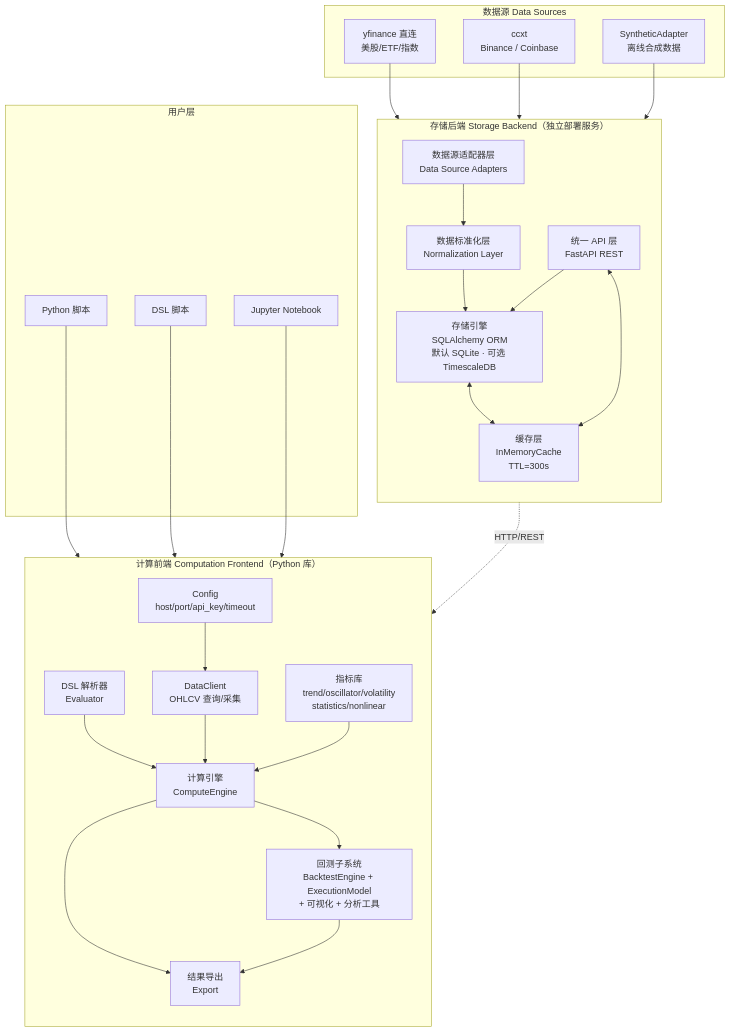
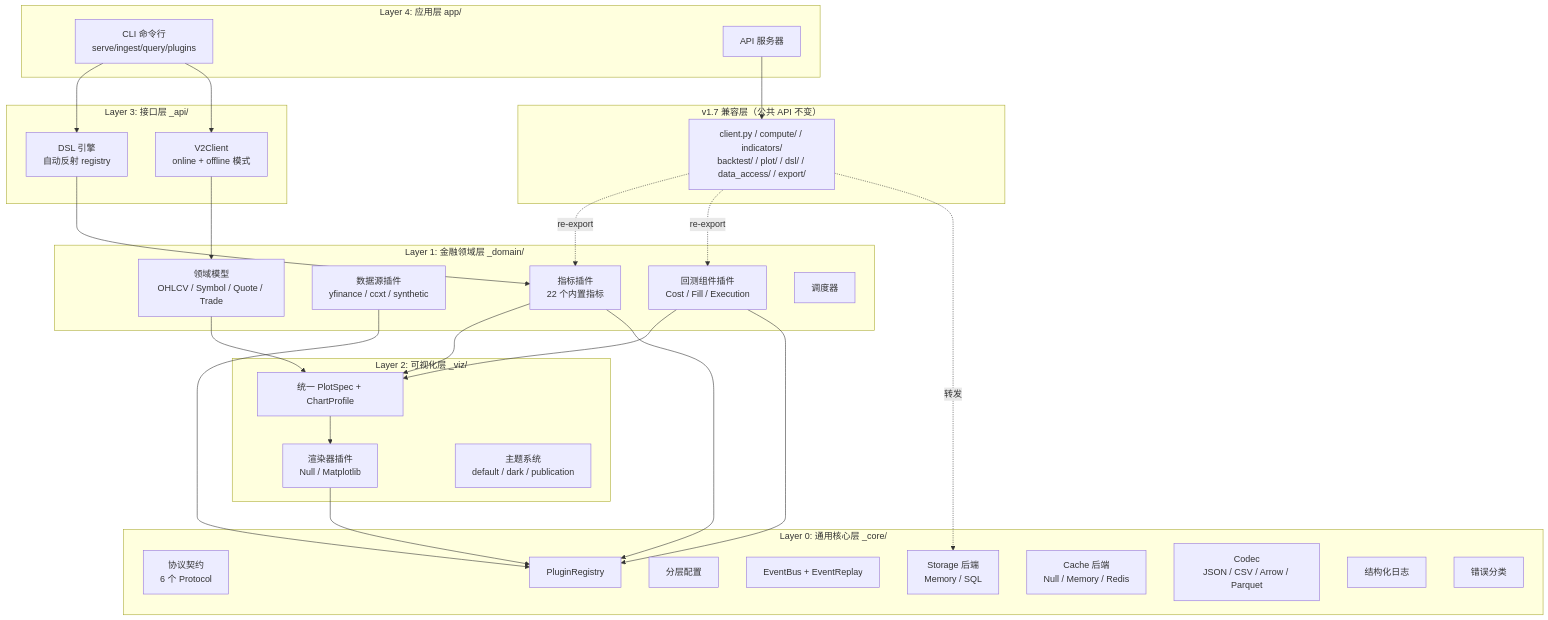
Before and after one commit to RESBI/StockStatistic: the first of 5 diagrams in DESIGN_CN.md, drawn with Mermaid. The commit also changed other lines of this file and 5 other files, not shown here.

First line of the commit message:
Rewrite all docs for v2.0: five-layer architecture, CLI, offline mode, plugins

````diff
--- a/DESIGN_CN.md
+++ b/DESIGN_CN.md
@@ -74,51 +83,62 @@
 ```mermaid
 graph TB
-    subgraph "数据源 Data Sources"
-        DS1[yfinance 直连<br/>美股/ETF/指数]
-        DS2[ccxt<br/>Binance / Coinbase]
-        DS3[SyntheticAdapter<br/>离线合成数据]
+    subgraph "Layer 4: 应用层 app/"
+        APP_CLI[CLI 命令行<br/>serve/ingest/query/plugins]
+        APP_SERVER[API 服务器]
     end
 
-    subgraph "存储后端 Storage Backend（独立部署服务）"
-        direction TB
-        DA[数据源适配器层<br/>Data Source Adapters]
-        NL[数据标准化层<br/>Normalization Layer]
-        SE[存储引擎<br/>SQLAlchemy ORM<br/>默认 SQLite · 可选 TimescaleDB]
-        API[统一 API 层<br/>FastAPI REST]
-        CACHE[缓存层<br/>InMemoryCache<br/>TTL=300s]
-
-        DA --> NL --> SE
-        SE <--> CACHE
-        API --> SE
-        API <--> CACHE
+    subgraph "Layer 3: 接口层 _api/"
+        API_DSL[DSL 引擎<br/>自动反射 registry]
+        API_CLIENT[V2Client<br/>online + offline 模式]
     end
 
-    subgraph "计算前端 Computation Frontend（Python 库）"
-        direction TB
-        CFG[Config<br/>host/port/api_key/timeout]
-        DAL[DataClient<br/>OHLCV 查询/采集]
-        CE[计算引擎<br/>ComputeEngine]
-        DSL[DSL 解析器<br/>Evaluator]
-        IL[指标库<br/>trend/oscillator/volatility<br/>statistics/nonlinear]
-        BT[回测子系统<br/>BacktestEngine + ExecutionModel<br/>+ 可视化 + 分析工具]
-        EXP[结果导出<br/>Export]
-
-        CFG --> DAL
-        DSL --> CE
-        DAL --> CE
-        IL --> CE
-        CE --> BT
-        CE --> EXP
-        BT --> EXP
+    subgraph "Layer 2: 可视化层 _viz/"
+        VIZ_SPEC[统一 PlotSpec + ChartProfile]
+        VIZ_RENDER[渲染器插件<br/>Null / Matplotlib]
+        VIZ_THEME[主题系统<br/>default / dark / publication]
     end
 
-    subgraph "用户层"
-        U1[Python 脚本]
-        U2[DSL 脚本]
-        U3[Jupyter Notebook]
+    subgraph "Layer 1: 金融领域层 _domain/"
+        DOM_MODEL[领域模型<br/>OHLCV / Symbol / Quote / Trade]
+        DOM_SRC[数据源插件<br/>yfinance / ccxt / synthetic]
+        DOM_IND[指标插件<br/>22 个内置指标]
+        DOM_BT[回测组件插件<br/>Cost / Fill / Execution]
+        DOM_SCHED[调度器]
     end
 
-    DS1 & DS2 & DS3 --> DA
-    API -.->|"HTTP/REST"| DAL
-    U1 & U2 & U3 --> CE
+    subgraph "Layer 0: 通用核心层 _core/"
+        CORE_CONTRACT[协议契约<br/>6 个 Protocol]
+        CORE_PLUGIN[PluginRegistry]
+        CORE_CONFIG[分层配置]
+        CORE_EVENT[EventBus + EventReplay]
+        CORE_STORAGE[Storage 后端<br/>Memory / SQL]
+        CORE_CACHE[Cache 后端<br/>Null / Memory / Redis]
+        CORE_CODEC[Codec<br/>JSON / CSV / Arrow / Parquet]
+        CORE_LOG[结构化日志]
+        CORE_ERR[错误分类]
+    end
+
+    subgraph "v1.7 兼容层（公共 API 不变）"
+        COMPAT[client.py / compute/ / indicators/<br/>backtest/ / plot/ / dsl/ / data_access/ / export/]
+    end
+
+    APP_CLI --> API_DSL
+    APP_CLI --> API_CLIENT
+    APP_SERVER --> COMPAT
+    API_DSL --> DOM_IND
+    API_CLIENT --> DOM_MODEL
+
+    DOM_MODEL --> VIZ_SPEC
+    DOM_IND --> VIZ_SPEC
+    DOM_BT --> VIZ_SPEC
+    VIZ_SPEC --> VIZ_RENDER
+
+    DOM_SRC --> CORE_PLUGIN
+    DOM_IND --> CORE_PLUGIN
+    DOM_BT --> CORE_PLUGIN
+    VIZ_RENDER --> CORE_PLUGIN
+
+    COMPAT -.->|re-export| DOM_IND
+    COMPAT -.->|re-export| DOM_BT
+    COMPAT -.->|转发| CORE_STORAGE
 ```
````
